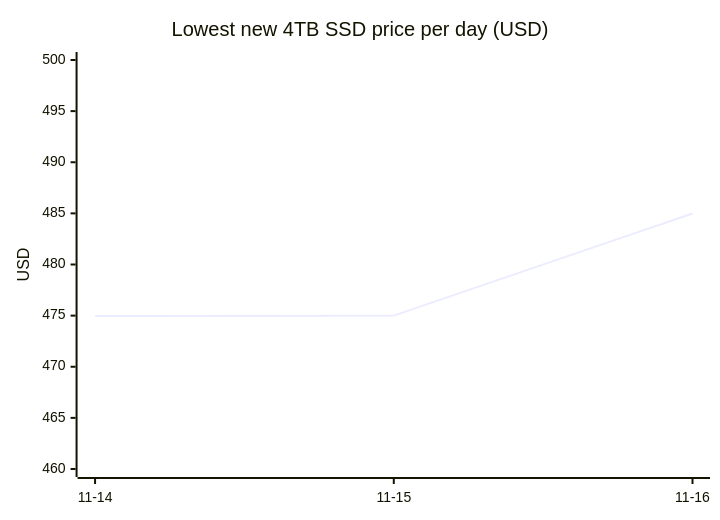
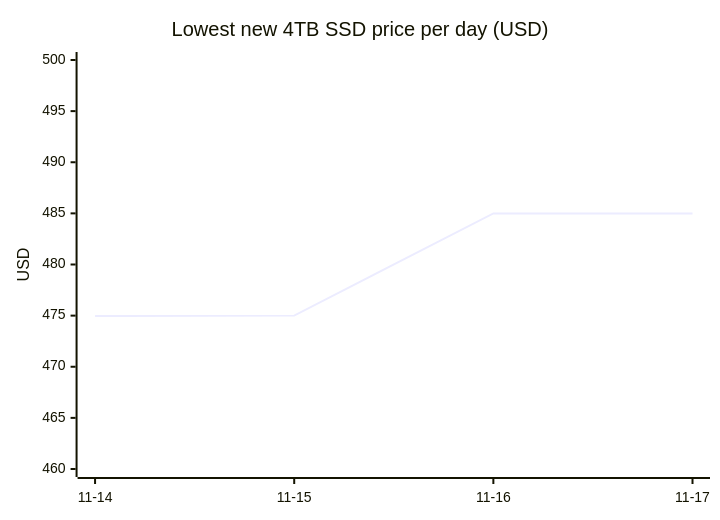
One commit to 7324136828/4tb_ssd_price_watch changed the first of 18 diagrams in README.md. Above: the diagram before and after it, drawn with Mermaid. The commit also changed other lines of this file, not shown here.

````diff
--- a/README.md
+++ b/README.md
@@ -81,7 +81,7 @@
 ```mermaid
 xychart-beta
     title "Lowest new 4TB SSD price per day (USD)"
-    x-axis ["11-14", "11-15", "11-16"]
+    x-axis ["11-14", "11-15", "11-16", "11-17"]
     y-axis "USD" 460 --> 500
-    line [474.97, 475.00, 484.99]
+    line [474.97, 475.00, 484.99, 484.99]
 ```
````
